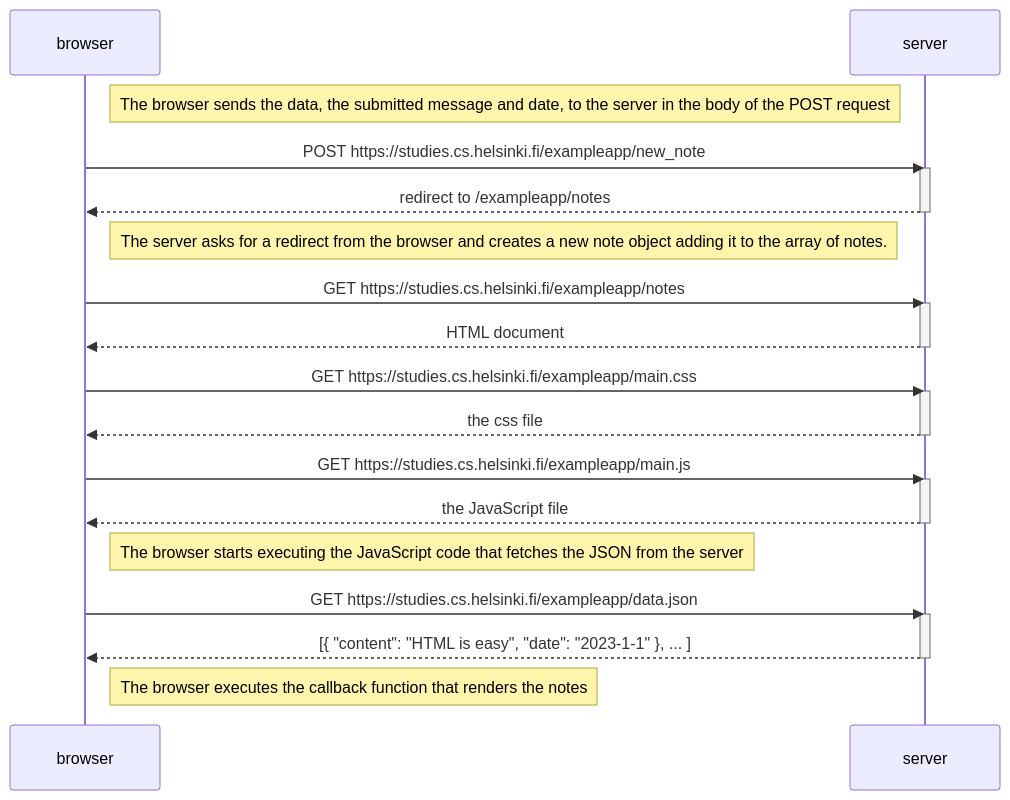
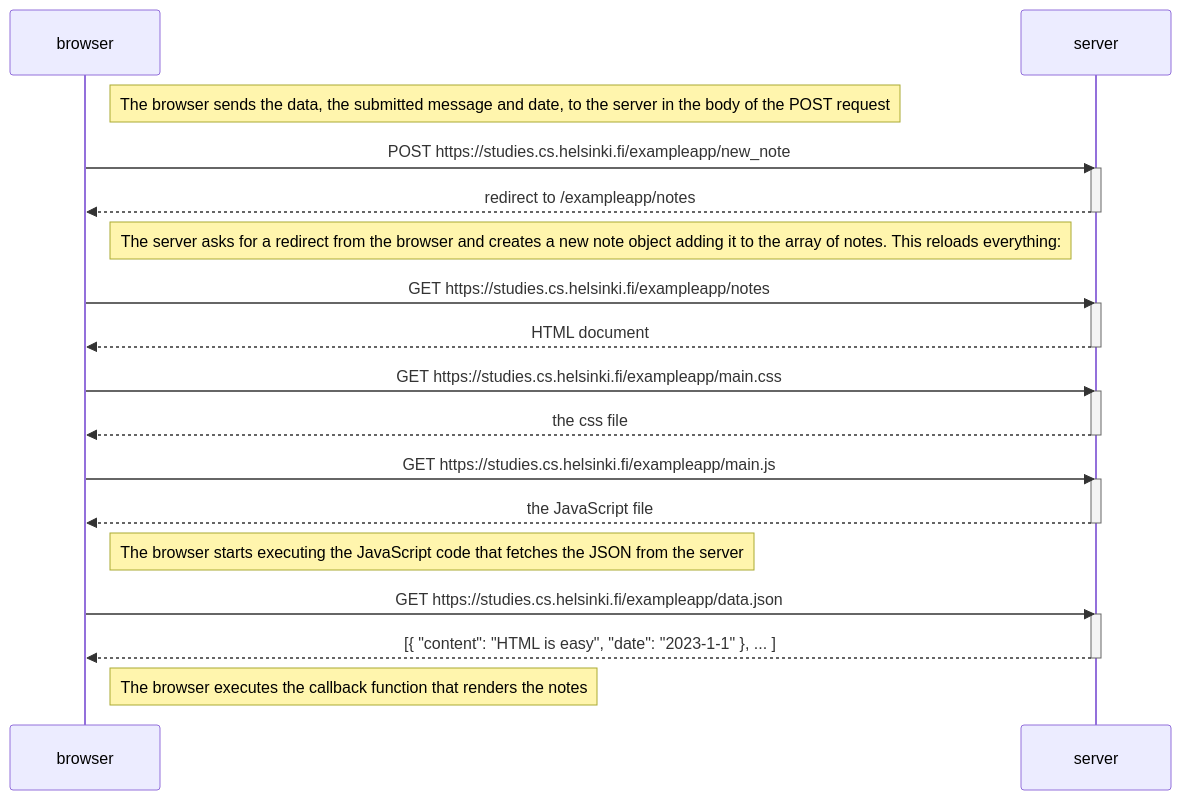
The diagram in part 0/newnotediagram.md (veerasaranen/fullstackdev), drawn with Mermaid before and after one commit.

````diff
--- a/part 0/newnotediagram.md
+++ b/part 0/newnotediagram.md
@@ -2,39 +2,39 @@
 ```mermaid
 %% for comments
 sequenceDiagram
     participant browser
     participant server
 
     Note right of browser: The browser sends the data, the submitted message and date, to the server in the body of the POST request
 
     browser->>server: POST https://studies.cs.helsinki.fi/exampleapp/new_note
     activate server
     server-->>browser: redirect to /exampleapp/notes
     deactivate server
 
-    Note right of browser: The server asks for a redirect from the browser and creates a new note object adding it to the array of notes.
+    Note right of browser: The server asks for a redirect from the browser and creates a new note object adding it to the array of notes. This reloads everything:
 
     browser->>server: GET https://studies.cs.helsinki.fi/exampleapp/notes
     activate server
     server-->>browser: HTML document
     deactivate server
 
     browser->>server: GET https://studies.cs.helsinki.fi/exampleapp/main.css
     activate server
     server-->>browser: the css file
     deactivate server
 
     browser->>server: GET https://studies.cs.helsinki.fi/exampleapp/main.js
     activate server
     server-->>browser: the JavaScript file
     deactivate server
 
     Note right of browser: The browser starts executing the JavaScript code that fetches the JSON from the server
 
     browser->>server: GET https://studies.cs.helsinki.fi/exampleapp/data.json
     activate server
     server-->>browser: [{ "content": "HTML is easy", "date": "2023-1-1" }, ... ]
     deactivate server
 
     Note right of browser: The browser executes the callback function that renders the notes
 ```
````
